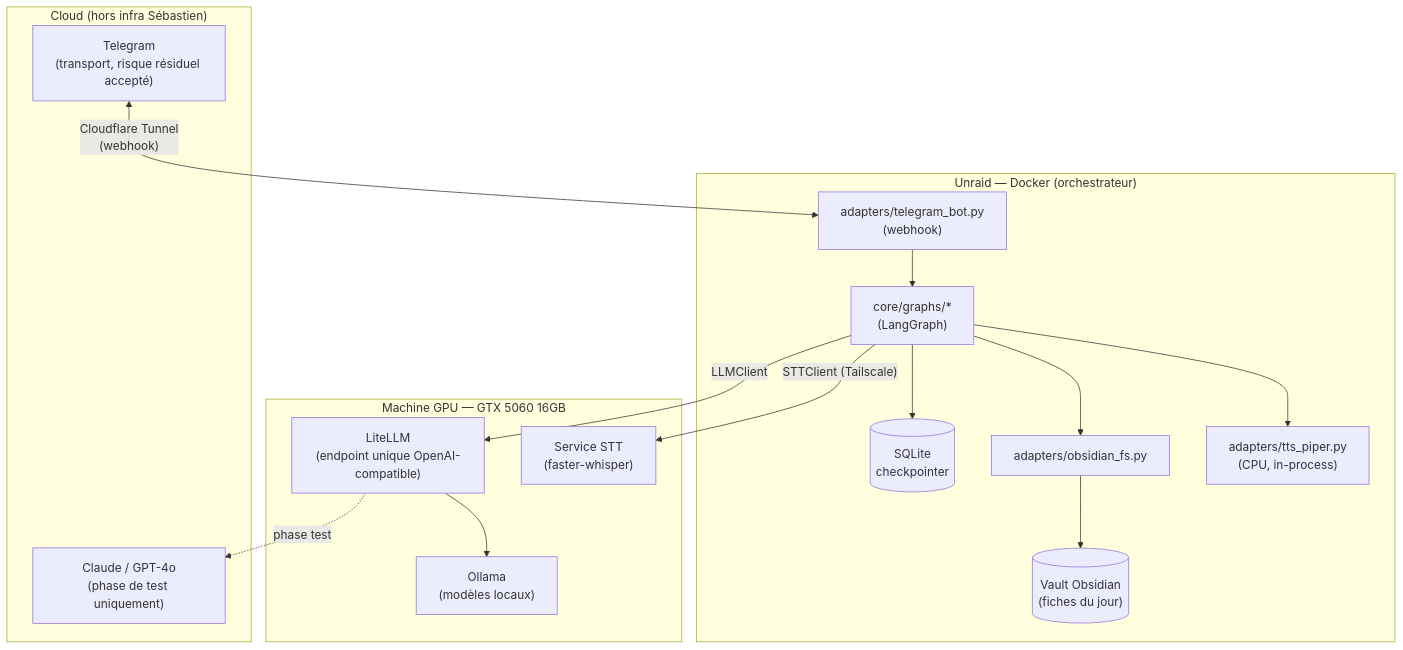
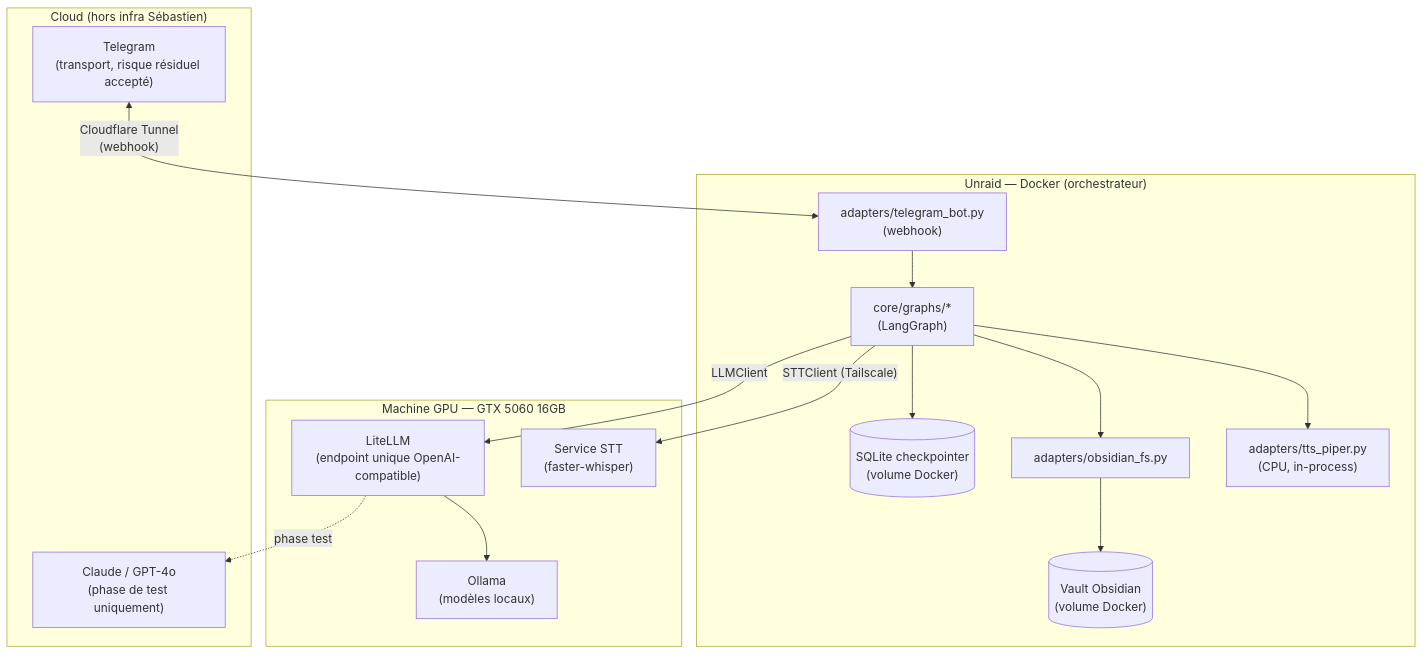
The second of 2 diagrams in _bmad-output/planning-artifacts/architecture/architecture-assistant-trajet-quotidien-2026-09-03/ARCHITECTURE-SPINE.md (Jbijjer/n8n-bilan-agent), drawn with Mermaid before and after one commit. The commit also changed other lines of this file and 3 other files, not shown here.

First line of the commit message:
Applique les fixes de la Reviewer Gate au spine d'architecture

````diff
--- a/_bmad-output/planning-artifacts/architecture/architecture-assistant-trajet-quotidien-2026-09-03/ARCHITECTURE-SPINE.md
+++ b/_bmad-output/planning-artifacts/architecture/architecture-assistant-trajet-quotidien-2026-09-03/ARCHITECTURE-SPINE.md
@@ -113,29 +162,29 @@
 ```mermaid
 graph TB
   subgraph "Unraid — Docker (orchestrateur)"
     tg["adapters/telegram_bot.py<br/>(webhook)"]
     core["core/graphs/*<br/>(LangGraph)"]
-    ckpt[("SQLite<br/>checkpointer")]
+    ckpt[("SQLite checkpointer<br/>(volume Docker)")]
     obs["adapters/obsidian_fs.py"]
-    vault[("Vault Obsidian<br/>(fiches du jour)")]
+    vault[("Vault Obsidian<br/>(volume Docker)")]
     tts["adapters/tts_piper.py<br/>(CPU, in-process)"]
     tg --> core
     core --> ckpt
     core --> obs --> vault
     core --> tts
   end
   subgraph "Machine GPU — GTX 5060 16GB"
     litellm["LiteLLM<br/>(endpoint unique OpenAI-compatible)"]
     ollama["Ollama<br/>(modèles locaux)"]
     stt["Service STT<br/>(faster-whisper)"]
     litellm --> ollama
   end
   subgraph "Cloud (hors infra Sébastien)"
     telegram_api["Telegram<br/>(transport, risque résiduel accepté)"]
     api_llm["Claude / GPT-4o<br/>(phase de test uniquement)"]
   end
   core -->|"LLMClient"| litellm
   litellm -.phase test.-> api_llm
   core -->|"STTClient (Tailscale)"| stt
   telegram_api <-->|"Cloudflare Tunnel<br/>(webhook)"| tg
 ```
````
